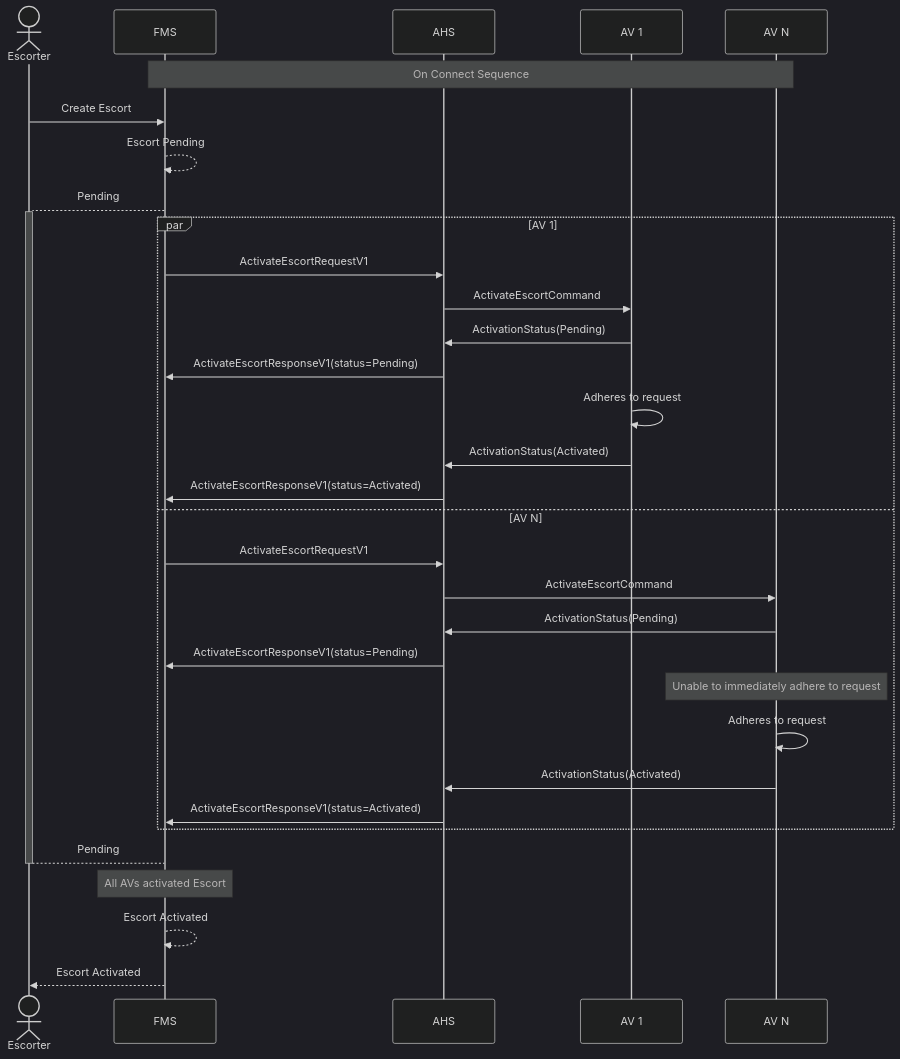
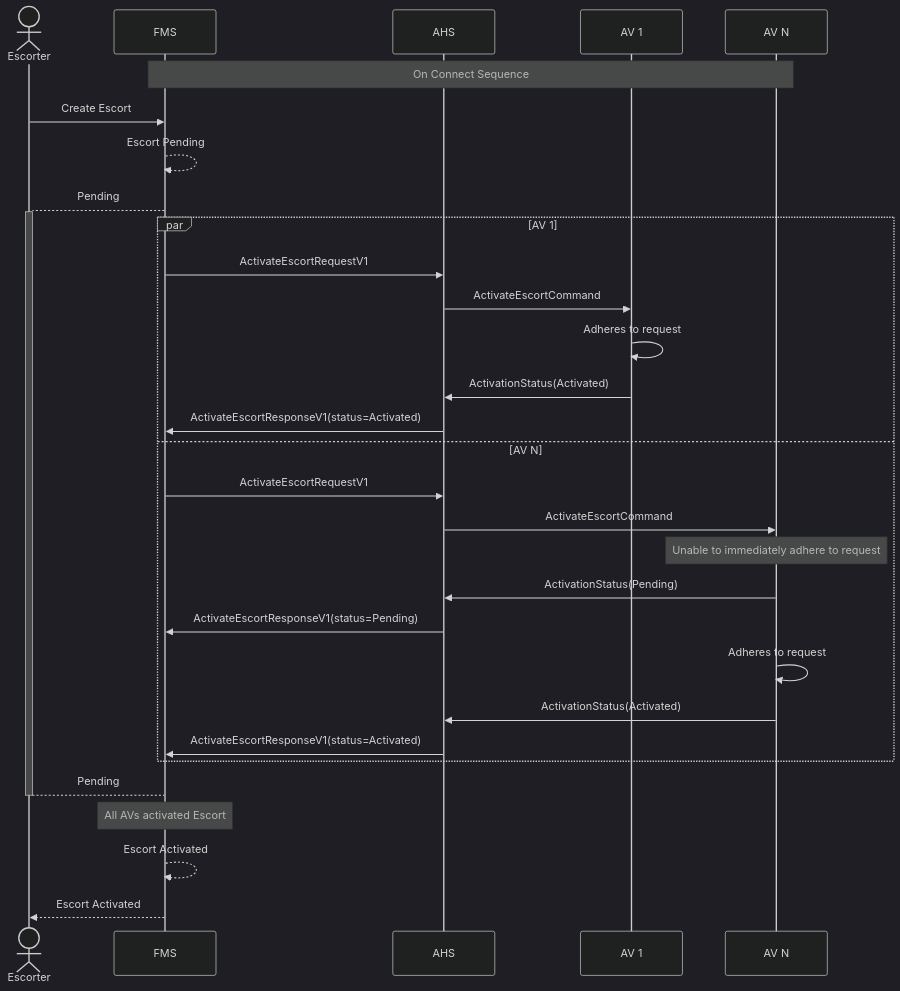
The second of 3 diagrams in diagram/EscortActivation.md (open-autonomy/escort), drawn with Mermaid (dark theme) before and after one commit. The commit also changed other lines of this file, not shown here.

Commit message:
Clarification that "pending" status is not always required

````diff
--- a/diagram/EscortActivation.md
+++ b/diagram/EscortActivation.md
@@ -49,36 +50,34 @@
 ```mermaid
 sequenceDiagram
     actor Escorter
     participant FMS
     participant AHS
     participant AV 1
     participant AV N
 
     Note over FMS,AV N: On Connect Sequence
     Escorter->>FMS: Create Escort
     FMS-->>FMS: Escort Pending
     FMS-->+Escorter: Pending
     par AV 1
     FMS->>AHS: ActivateEscortRequestV1
     AHS->>AV 1: ActivateEscortCommand
-    AV 1->>AHS: ActivationStatus(Pending)
-    AHS->>FMS: ActivateEscortResponseV1(status=Pending)
         AV 1->>AV 1: Adheres to request
     AV 1->>AHS: ActivationStatus(Activated)
     AHS->>FMS: ActivateEscortResponseV1(status=Activated)
     and AV N
     FMS->>AHS: ActivateEscortRequestV1
     AHS->>AV N: ActivateEscortCommand
+        Note Over AV N: Unable to immediately adhere to request
     AV N->>AHS: ActivationStatus(Pending)
     AHS->>FMS: ActivateEscortResponseV1(status=Pending)
-        Note Over AV N: Unable to immediately adhere to request
         AV N->>AV N: Adheres to request
     AV N->>AHS: ActivationStatus(Activated)
     AHS->>FMS: ActivateEscortResponseV1(status=Activated)
     end
 
     Escorter-->-FMS: Pending
     Note Over FMS: All AVs activated Escort
     FMS-->>FMS: Escort Activated
     FMS-->>Escorter: Escort Activated
 ```
````
